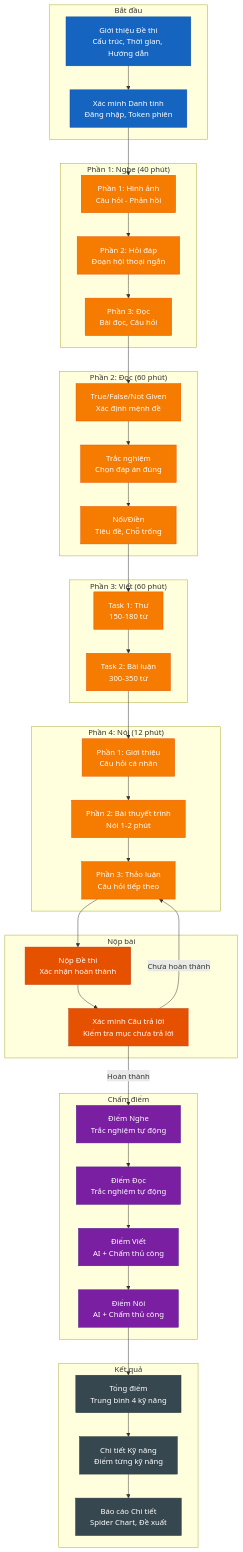
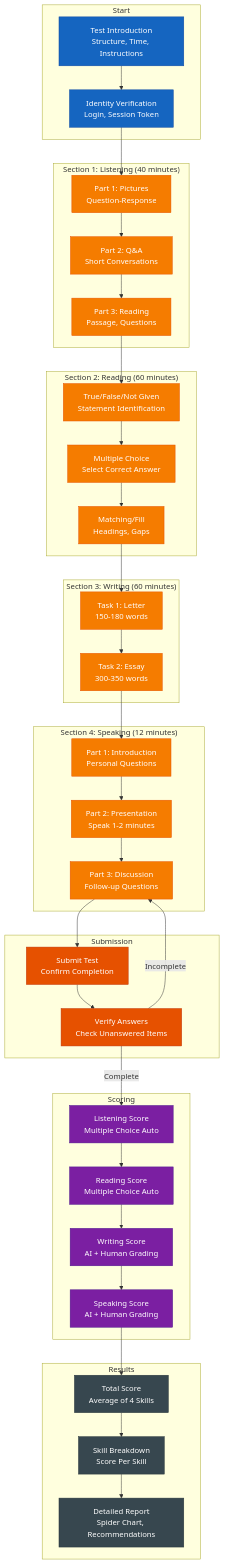
One commit to nghyane/VSTEP changed the fifth of 8 diagrams in docs/capstone/diagrams/flow-diagrams.vi.md. Above: the diagram before and after it, drawn with Mermaid. The commit also changed other lines of this file, not shown here.

First line of the commit message:
docs: fix Vietnamese terminology to follow academic standards

````diff
--- a/docs/capstone/diagrams/flow-diagrams.vi.md
+++ b/docs/capstone/diagrams/flow-diagrams.vi.md
@@ -252,49 +252,49 @@
 ```mermaid
 flowchart TB
-    subgraph Start ["Bắt đầu"]
-        Intro["Giới thiệu Đề thi<br/>Cấu trúc, Thời gian, Hướng dẫn"]
-        Auth["Xác minh Danh tính<br/>Đăng nhập, Token phiên"]
+    subgraph Start ["Start"]
+        Intro["Test Introduction<br/>Structure, Time, Instructions"]
+        Auth["Identity Verification<br/>Login, Session Token"]
     end
 
-    subgraph Section1 ["Phần 1: Nghe (40 phút)"]
-        L1["Phần 1: Hình ảnh<br/>Câu hỏi - Phản hồi"]
-        L2["Phần 2: Hỏi đáp<br/>Đoạn hội thoại ngắn"]
-        L3["Phần 3: Đọc<br/>Bài đọc, Câu hỏi"]
+    subgraph Section1 ["Section 1: Listening (40 minutes)"]
+        L1["Part 1: Pictures<br/>Question-Response"]
+        L2["Part 2: Q&A<br/>Short Conversations"]
+        L3["Part 3: Reading<br/>Passage, Questions"]
     end
 
-    subgraph Section2 ["Phần 2: Đọc (60 phút)"]
-        R1["True/False/Not Given<br/>Xác định mệnh đề"]
-        R2["Trắc nghiệm<br/>Chọn đáp án đúng"]
-        R3["Nối/Điền<br/>Tiêu đề, Chỗ trống"]
+    subgraph Section2 ["Section 2: Reading (60 minutes)"]
+        R1["True/False/Not Given<br/>Statement Identification"]
+        R2["Multiple Choice<br/>Select Correct Answer"]
+        R3["Matching/Fill<br/>Headings, Gaps"]
     end
 
-    subgraph Section3 ["Phần 3: Viết (60 phút)"]
-        W1["Task 1: Thư<br/>150-180 từ"]
-        W2["Task 2: Bài luận<br/>300-350 từ"]
+    subgraph Section3 ["Section 3: Writing (60 minutes)"]
+        W1["Task 1: Letter<br/>150-180 words"]
+        W2["Task 2: Essay<br/>300-350 words"]
     end
 
-    subgraph Section4 ["Phần 4: Nói (12 phút)"]
-        S1["Phần 1: Giới thiệu<br/>Câu hỏi cá nhân"]
-        S2["Phần 2: Bài thuyết trình<br/>Nói 1-2 phút"]
-        S3["Phần 3: Thảo luận<br/>Câu hỏi tiếp theo"]
+    subgraph Section4 ["Section 4: Speaking (12 minutes)"]
+        S1["Part 1: Introduction<br/>Personal Questions"]
+        S2["Part 2: Presentation<br/>Speak 1-2 minutes"]
+        S3["Part 3: Discussion<br/>Follow-up Questions"]
     end
 
-    subgraph Submission ["Nộp bài"]
-        Submit["Nộp Đề thi<br/>Xác nhận hoàn thành"]
-        Verify["Xác minh Câu trả lời<br/>Kiểm tra mục chưa trả lời"]
+    subgraph Submission ["Submission"]
+        Submit["Submit Test<br/>Confirm Completion"]
+        Verify["Verify Answers<br/>Check Unanswered Items"]
     end
 
-    subgraph Scoring ["Chấm điểm"]
-        ListeningScore["Điểm Nghe<br/>Trắc nghiệm tự động"]
-        ReadingScore["Điểm Đọc<br/>Trắc nghiệm tự động"]
-        WritingScore["Điểm Viết<br/>AI + Chấm thủ công"]
-        SpeakingScore["Điểm Nói<br/>AI + Chấm thủ công"]
+    subgraph Scoring ["Scoring"]
+        ListeningScore["Listening Score<br/>Multiple Choice Auto"]
+        ReadingScore["Reading Score<br/>Multiple Choice Auto"]
+        WritingScore["Writing Score<br/>AI + Human Grading"]
+        SpeakingScore["Speaking Score<br/>AI + Human Grading"]
     end
 
-    subgraph Results ["Kết quả"]
-        Total["Tổng điểm<br/>Trung bình 4 kỹ năng"]
-        Breakdown["Chi tiết Kỹ năng<br/>Điểm từng kỹ năng"]
-        Report["Báo cáo Chi tiết<br/>Spider Chart, Đề xuất"]
+    subgraph Results ["Results"]
+        Total["Total Score<br/>Average of 4 Skills"]
+        Breakdown["Skill Breakdown<br/>Score Per Skill"]
+        Report["Detailed Report<br/>Spider Chart, Recommendations"]
     end
 
     Intro --> Auth
@@ -311,8 +311,8 @@
     S2 --> S3
     S3 --> Submit
     Submit --> Verify
-    Verify -->|Hoàn thành| ListeningScore
-    Verify -->|Chưa hoàn thành| S3
+    Verify -->|Complete| ListeningScore
+    Verify -->|Incomplete| S3
     ListeningScore --> ReadingScore
     ReadingScore --> WritingScore
     WritingScore --> SpeakingScore
````
